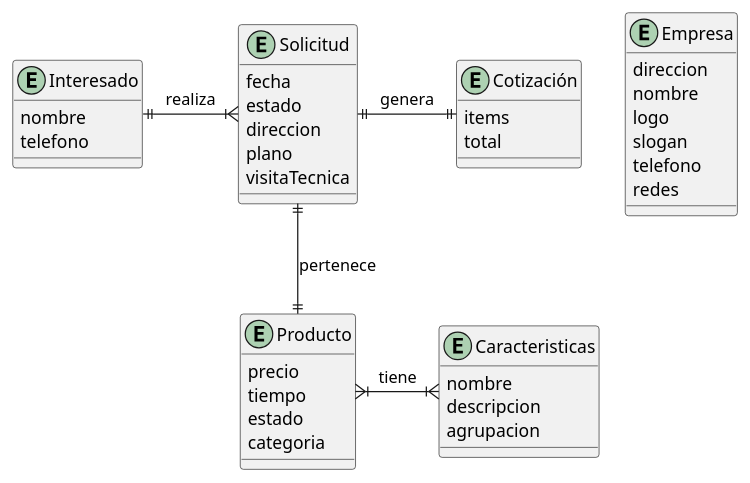
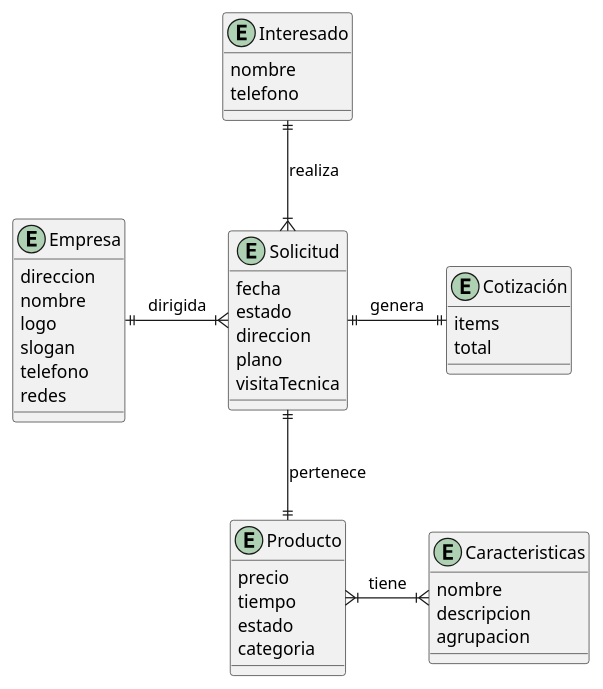
The diagram in metalK_mer.puml (Los-Waza/MetalK_Documentation), drawn with PlantUML before and after one commit. The commit also changed 4 other files, not shown here.

Commit message:
Relational Diagram

```diff
--- a/metalK_mer.puml
+++ b/metalK_mer.puml
@@ -1,51 +1,50 @@
 @startuml MetalK_MER
     top to bottom direction
     skinparam linestyle orto
 
     entity emp as "Empresa"{
         direccion
         nombre
         logo
         slogan
         telefono
         redes
     }
 
     entity pro as "Producto"{
         precio
         tiempo
         estado
         categoria
     }
 
     entity sol as "Solicitud"{
         fecha
         estado
         direccion
         plano
         visitaTecnica
     }
 
     entity cot as "Cotización"{
         items
         total
     }
     
     entity car as "Caracteristicas"{
         nombre
         descripcion
         agrupacion
     }
 
-    entity cli as "Interesado"{
+    entity int as "Interesado"{
         nombre
         telefono
     }
 
     pro }|-right-|{ car : tiene
-    cli ||-right-|{ sol : realiza
+    int ||-down-|{ sol : realiza
     sol ||--|| pro : pertenece
     sol ||-right-|| cot: genera
-
-
+    emp ||-right-|{ sol: dirigida
 @enduml
```
